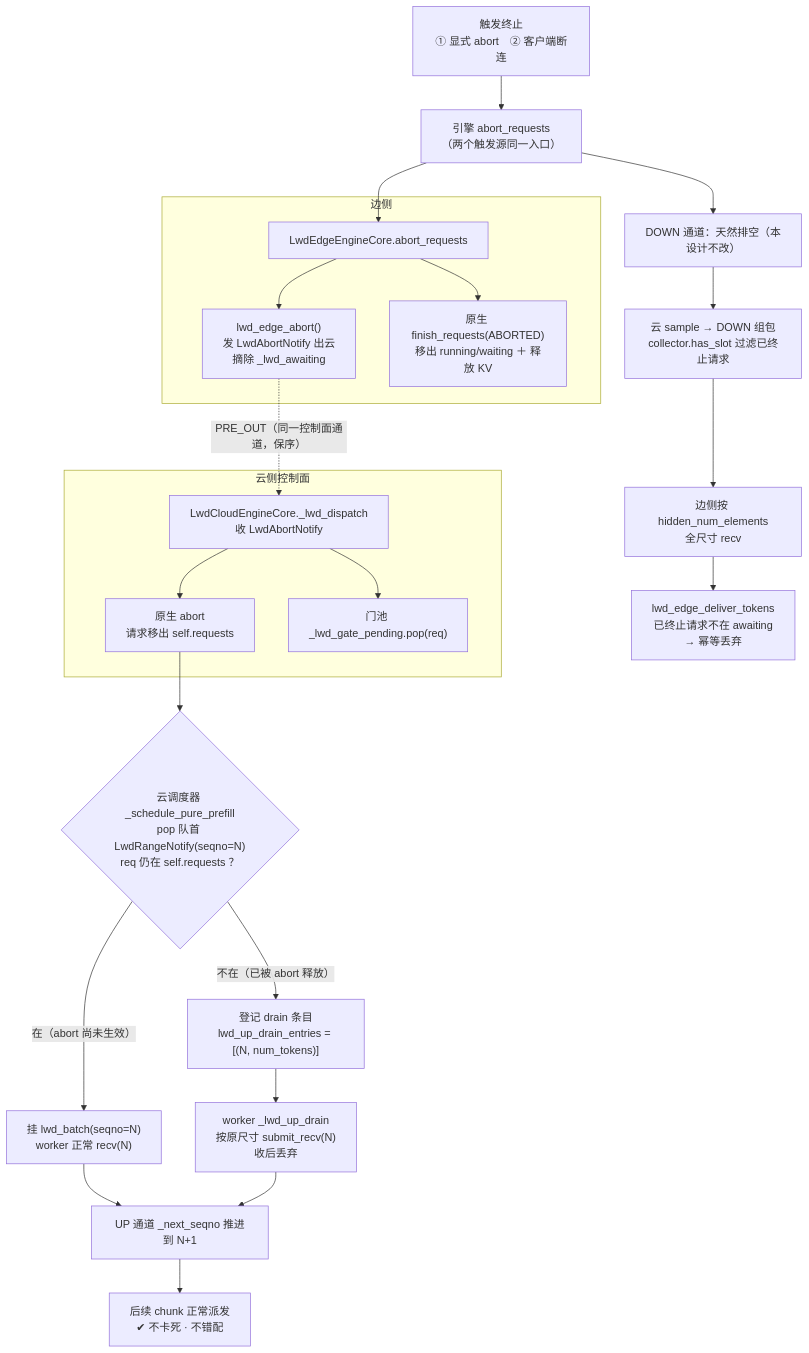
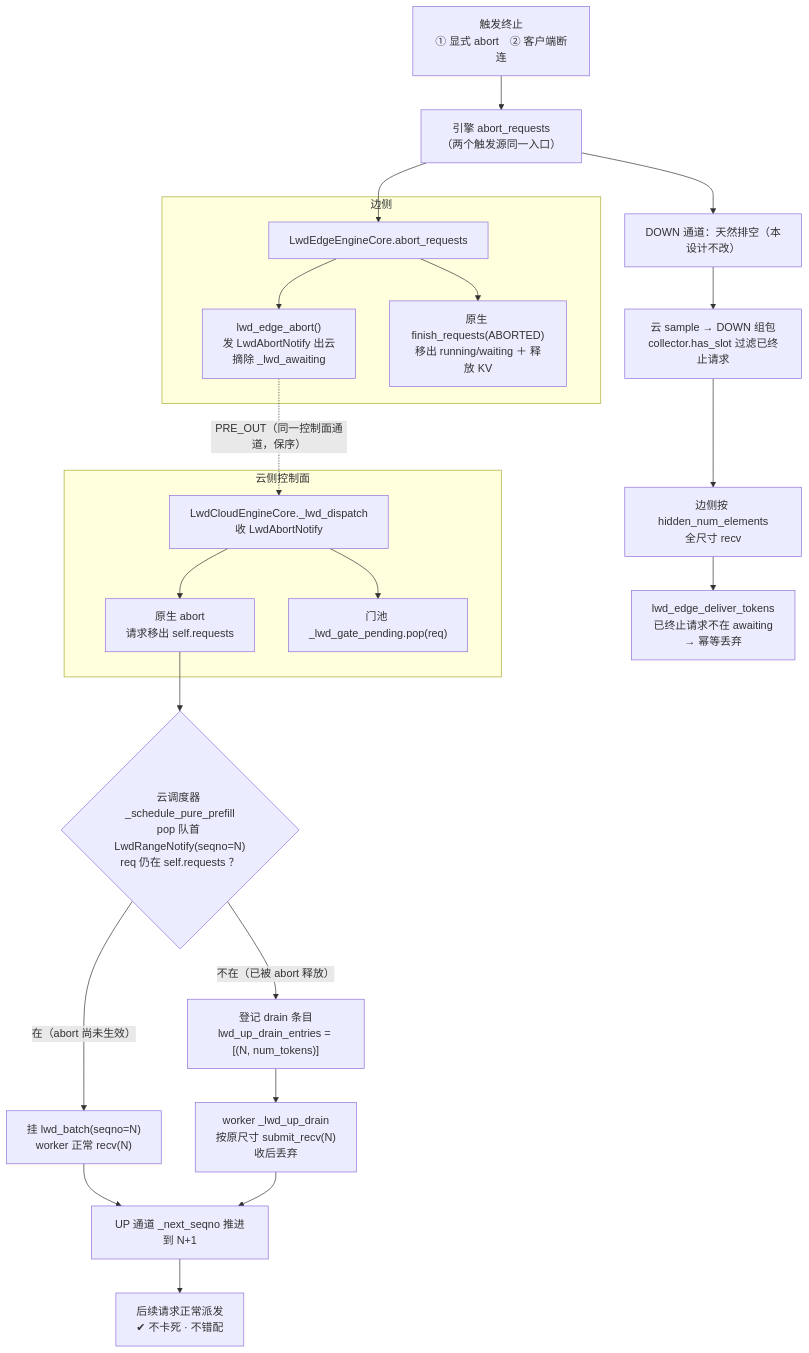
Before and after one commit to fei-cn-xie/assets: the first of 4 diagrams in vllm/请求abort-流程图.md, drawn with Mermaid. The commit also changed other lines of this file and 3 other files, not shown here.

````diff
--- a/vllm/请求abort-流程图.md
+++ b/vllm/请求abort-流程图.md
@@ -9,37 +9,37 @@
 ```mermaid
 flowchart TD
     T["触发终止<br/>① 显式 abort　② 客户端断连"] --> EN["引擎 abort_requests<br/>（两个触发源同一入口）"]
 
     subgraph EDGE["边侧"]
         E1["LwdEdgeEngineCore.abort_requests"]
         E2["lwd_edge_abort()<br/>发 LwdAbortNotify 出云<br/>摘除 _lwd_awaiting"]
         E3["原生 finish_requests(ABORTED)<br/>移出 running/waiting ＋ 释放 KV"]
         E1 --> E2
         E1 --> E3
     end
     EN --> E1
 
     subgraph CLOUD["云侧控制面"]
         C1["LwdCloudEngineCore._lwd_dispatch<br/>收 LwdAbortNotify"]
         C2["原生 abort<br/>请求移出 self.requests"]
         C3["门池 _lwd_gate_pending.pop(req)"]
         C1 --> C2
         C1 --> C3
     end
     E2 -. "PRE_OUT（同一控制面通道，保序）" .-> C1
 
     C2 --> D{"云调度器 _schedule_pure_prefill<br/>pop 队首 LwdRangeNotify(seqno=N)<br/>req 仍在 self.requests ？"}
 
     D -- "在（abort 尚未生效）" --> N1["挂 lwd_batch(seqno=N)<br/>worker 正常 recv(N)"]
     D -- "不在（已被 abort 释放）" --> N2["登记 drain 条目<br/>lwd_up_drain_entries = [(N, num_tokens)]"]
     N2 --> N3["worker _lwd_up_drain<br/>按原尺寸 submit_recv(N)<br/>收后丢弃"]
 
     N1 --> OK["UP 通道 _next_seqno 推进到 N+1"]
     N3 --> OK
-    OK --> SAFE["后续 chunk 正常派发<br/>✔ 不卡死 · 不错配"]
+    OK --> SAFE["后续请求正常派发<br/>✔ 不卡死 · 不错配"]
 
     EN --> DD["DOWN 通道：天然排空（本设计不改）"]
     DD --> DD1["云 sample → DOWN 组包<br/>collector.has_slot 过滤已终止请求"]
     DD1 --> DD2["边侧按 hidden_num_elements<br/>全尺寸 recv"]
     DD2 --> DD3["lwd_edge_deliver_tokens<br/>已终止请求不在 awaiting<br/>→ 幂等丢弃"]
 ```
````
